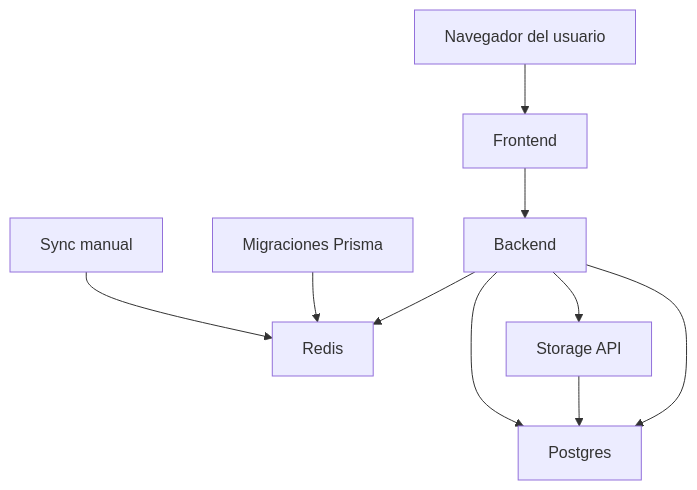
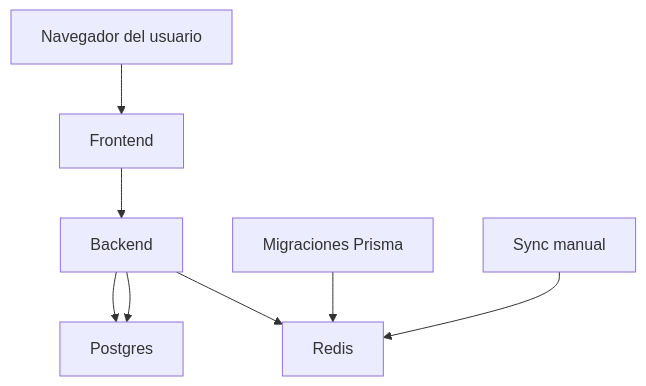
The diagram in README.md (Unizar-30226-2026-11/infraestructura-proyecto), drawn with Mermaid before and after one commit. The commit also changed other lines of this file and 3 other files, not shown here.

````diff
--- a/README.md
+++ b/README.md
@@ -17,12 +16,10 @@
 ```mermaid
 graph TD
     U[Navegador del usuario] --> F[Frontend]
     F --> B[Backend]
     B --> R[Redis]
-   B --> S[Storage API]
    B --> D[Postgres]
     M[Migraciones Prisma] --> R
    X[Sync manual] --> R
-   S --> D
    B --> D
 ```
````
